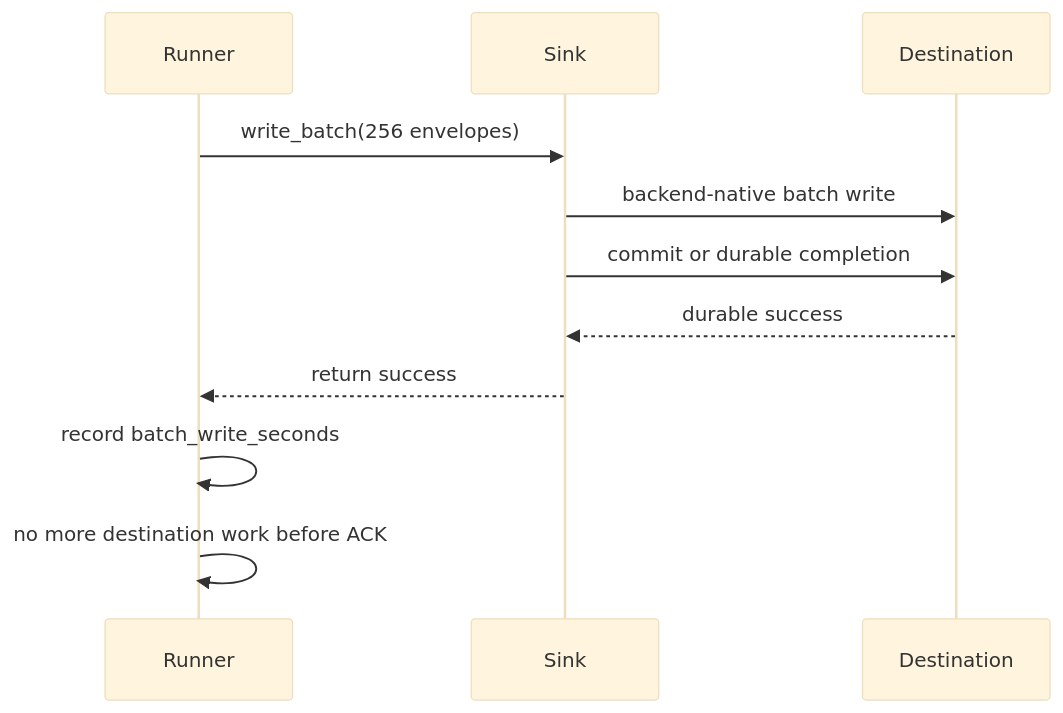
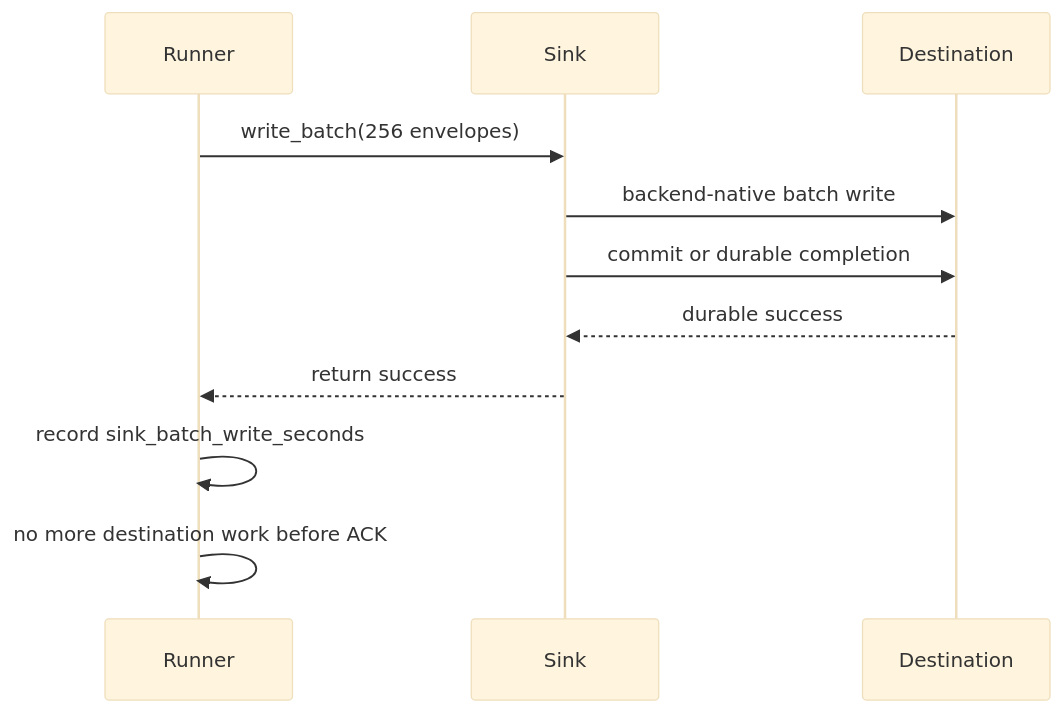
One commit to ProjectCuillin/nats-sinks changed the third of 4 diagrams in docs/performance.md. Above: the diagram before and after it, drawn with Mermaid (base theme). The commit also changed other lines of this file and 345 other files, not shown here.

````diff
--- a/docs/performance.md
+++ b/docs/performance.md
@@ -97,14 +98,14 @@
 ```mermaid
 sequenceDiagram
     participant R as Runner
     participant S as Sink
     participant D as Destination
 
     R->>S: write_batch(256 envelopes)
     S->>D: backend-native batch write
     S->>D: commit or durable completion
     D-->>S: durable success
     S-->>R: return success
-    R->>R: record batch_write_seconds
+    R->>R: record sink_batch_write_seconds
     R->>R: no more destination work before ACK
 ```
````
